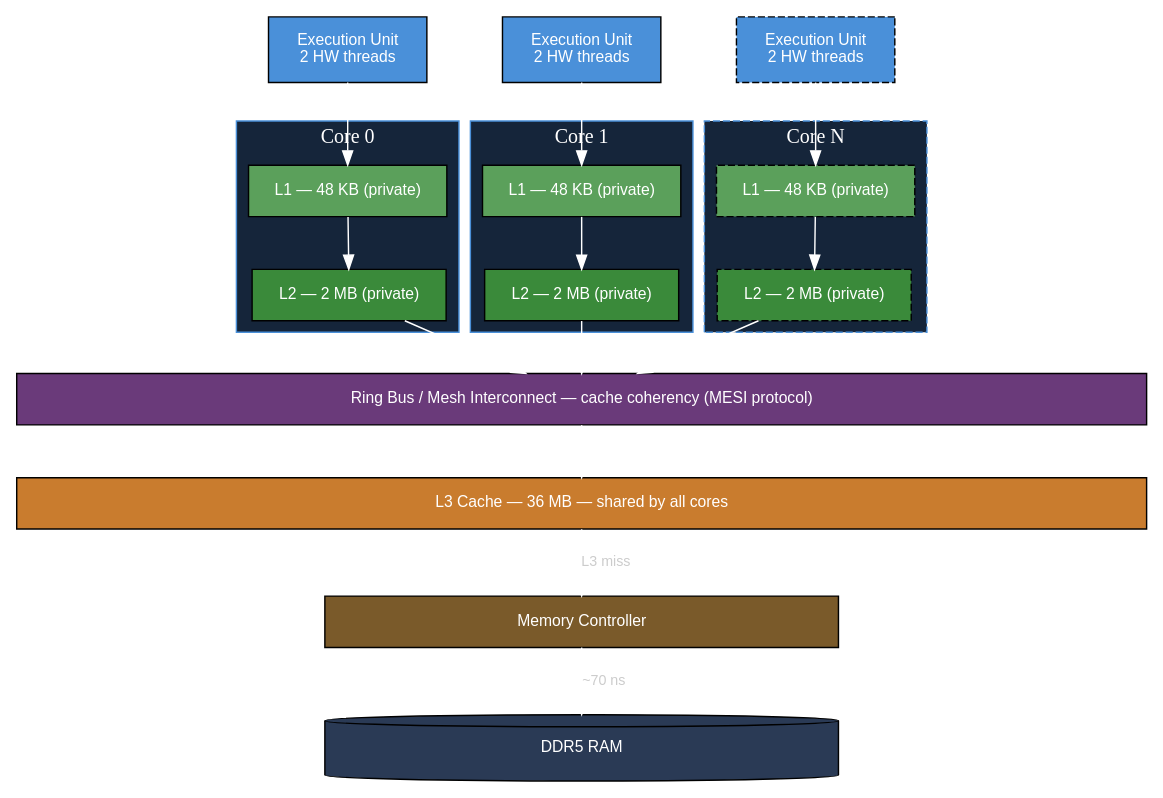
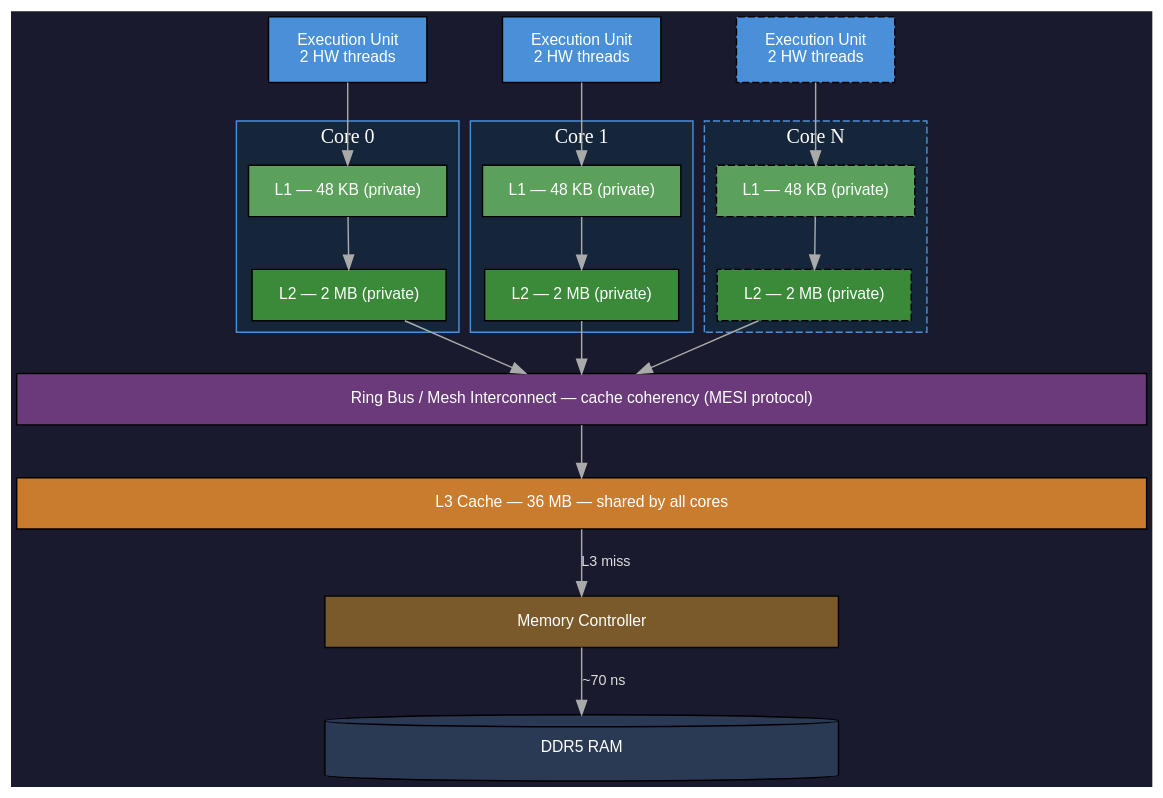
Before and after one commit to symentispl/java-concurrency-primer: the first of 6 diagrams in slides/src/main/slides/index.adoc, drawn with Graphviz. The commit also changed other lines of this file, not shown here.

First line of the commit message:
fix: fix graphviz arrow/label visibility and standardize diagram size across all 6 diagrams

```diff
--- a/slides/src/main/slides/index.adoc
+++ b/slides/src/main/slides/index.adoc
@@ -89,53 +89,54 @@
 [graphviz]
 ----
 digraph cpu {
     rankdir=TB
+    graph [bgcolor="#1a1a2e", size="18,9"]
     node [shape=rect, style=filled, fontname="sans-serif", fontsize=11, margin="0.25,0.15"]
-    edge [color=white, fontname="sans-serif", fontsize=10, fontcolor="#cccccc"]
+    edge [color="#aaaaaa", fontname="sans-serif", fontsize=10, fontcolor="#dddddd"]
 
     subgraph cluster_c0 {
         label="Core 0"
         style=filled; fillcolor="#15253a"; color="#4a90d9"; fontcolor=white
 
         EU0  [label="Execution Unit\n2 HW threads", fillcolor="#4a90d9", fontcolor=white]
         L1_0 [label="L1 — 48 KB (private)", fillcolor="#5ba05b", fontcolor=white]
         L2_0 [label="L2 — 2 MB (private)",  fillcolor="#3a8a3a", fontcolor=white]
         EU0 -> L1_0 -> L2_0
     }
 
     subgraph cluster_c1 {
         label="Core 1"
         style=filled; fillcolor="#15253a"; color="#4a90d9"; fontcolor=white
 
         EU1  [label="Execution Unit\n2 HW threads", fillcolor="#4a90d9", fontcolor=white]
         L1_1 [label="L1 — 48 KB (private)", fillcolor="#5ba05b", fontcolor=white]
         L2_1 [label="L2 — 2 MB (private)",  fillcolor="#3a8a3a", fontcolor=white]
         EU1 -> L1_1 -> L2_1
     }
 
     subgraph cluster_cn {
         label="Core N"
         style="filled,dashed"; fillcolor="#15253a"; color="#4a90d9"; fontcolor=white
 
         EUn  [label="Execution Unit\n2 HW threads", fillcolor="#4a90d9", fontcolor=white, style="filled,dashed"]
         L1_n [label="L1 — 48 KB (private)", fillcolor="#5ba05b", fontcolor=white, style="filled,dashed"]
         L2_n [label="L2 — 2 MB (private)",  fillcolor="#3a8a3a", fontcolor=white, style="filled,dashed"]
         EUn -> L1_n -> L2_n
     }
 
     { rank=same; EU0; EU1; EUn }
 
     BUS [label="Ring Bus / Mesh Interconnect — cache coherency (MESI protocol)", fillcolor="#6a3a7a", fontcolor=white, width=11]
     L3  [label="L3 Cache — 36 MB — shared by all cores",                        fillcolor="#c97c2e", fontcolor=white, width=11]
     MC  [label="Memory Controller", fillcolor="#7a5a2a", fontcolor=white, width=5]
     RAM [label="DDR5 RAM",          fillcolor="#2a3a55", fontcolor=white, width=5, shape=cylinder]
 
     L2_0 -> BUS
     L2_1 -> BUS
     L2_n -> BUS
 
     BUS -> L3
     L3  -> MC  [label="L3 miss"]
     MC  -> RAM [label="~70 ns"]
 }
 ----
```
